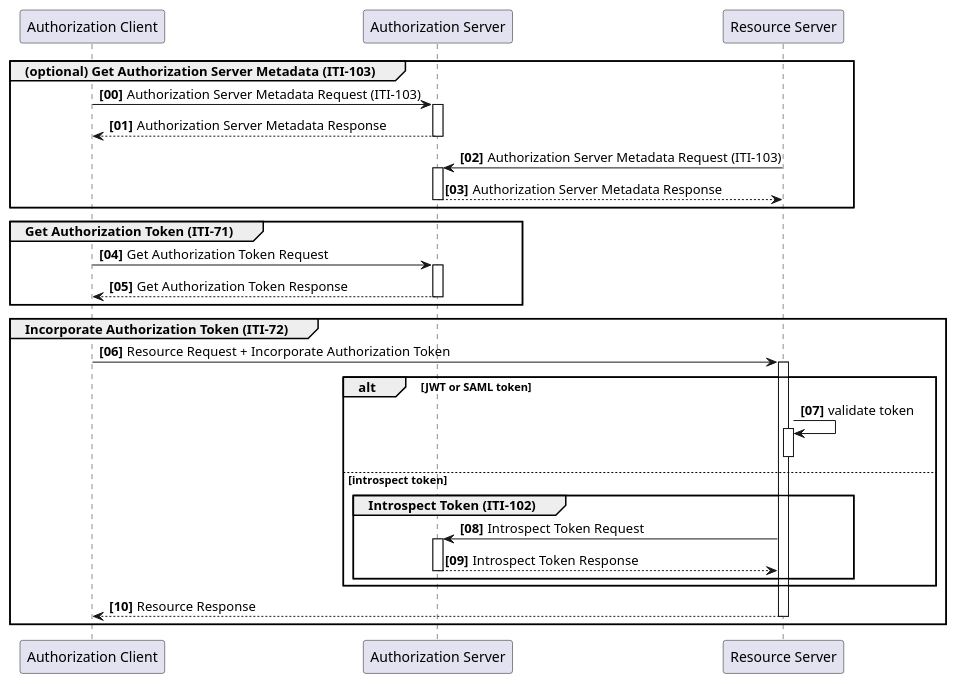
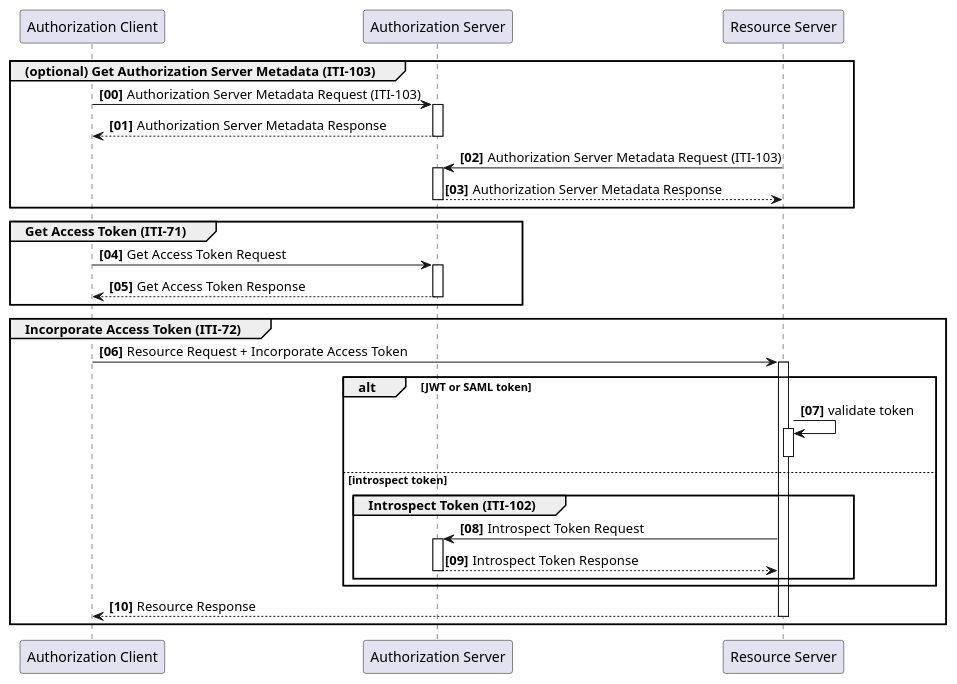
Before and after one commit to IHE/ITI.IUA: the first of 6 diagrams in IHE_ITI_Suppl_IUA.md, drawn with PlantUML. The commit also changed other lines of this file and 5 other files, not shown here.

Commit message:
change Authorization Token to Access Token. closes #17

````diff
--- a/IHE_ITI_Suppl_IUA.md
+++ b/IHE_ITI_Suppl_IUA.md
@@ -449,47 +449,47 @@
 ```plantuml
 @startuml basic-flow
 
 participant "Authorization Client" as Client
 participant "Authorization Server" as AS
 participant "Resource Server" as RS
 
 autonumber 0 1 "<b>[00]</b>"
 autoactivate on
 
 group (optional) Get Authorization Server Metadata (ITI-103)
 
     Client-> AS : Authorization Server Metadata Request (ITI-103)
     AS --> Client: Authorization Server Metadata Response
 
     RS-> AS : Authorization Server Metadata Request (ITI-103)
     AS --> RS: Authorization Server Metadata Response
 
 end
 
-group Get Authorization Token (ITI-71)
-    Client -> AS: Get Authorization Token Request
-    Client <-- AS: Get Authorization Token Response
+group Get Access Token (ITI-71)
+    Client -> AS: Get Access Token Request
+    Client <-- AS: Get Access Token Response
 end
 
-group Incorporate Authorization Token (ITI-72)
+group Incorporate Access Token (ITI-72)
 
-Client -> RS : Resource Request + Incorporate Authorization Token
+Client -> RS : Resource Request + Incorporate Access Token
 
 alt JWT or SAML token
   RS -> RS: validate token
   deactivate RS
 
 else introspect token
 
   group Introspect Token (ITI-102)
         RS -> AS : Introspect Token Request
         AS --> RS: Introspect Token Response
   end
 end
 
 Client <-- RS : Resource Response  
 end
 
 @enduml
 
 ```
````
